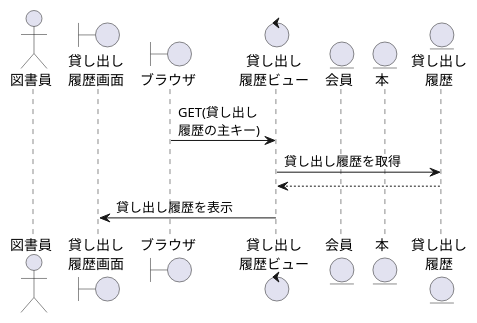
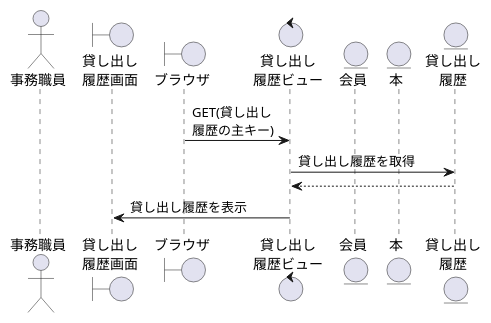
One commit to ysyk-wtnb16/team_D changed the diagram in 効果測定/貸し出し履歴.wsd. Above: the diagram before and after it, drawn with PlantUML. The commit also changed 2 other files, not shown here.

```diff
--- a/効果測定/貸し出し履歴.wsd
+++ b/効果測定/貸し出し履歴.wsd
@@ -1,18 +1,18 @@
 @startuml Rental History
 
-actor "図書員" as librarian
+actor "事務職員" as staff
 boundary "貸し出し\n履歴画面" as RenHs
 boundary "ブラウザ" as brz
 control "貸し出し\n履歴ビュー" as RenHv
 entity "会員" as member
 entity "本" as bookr
 entity "貸し出し\n履歴" as RenH
 
 
 brz -> RenHv: GET(貸し出し\n履歴の主キー)
 RenHv -> RenH: 貸し出し履歴を取得
 RenHv <-- RenH:
 RenHs <- RenHv:貸し出し履歴を表示
 
 
 @enduml
```
